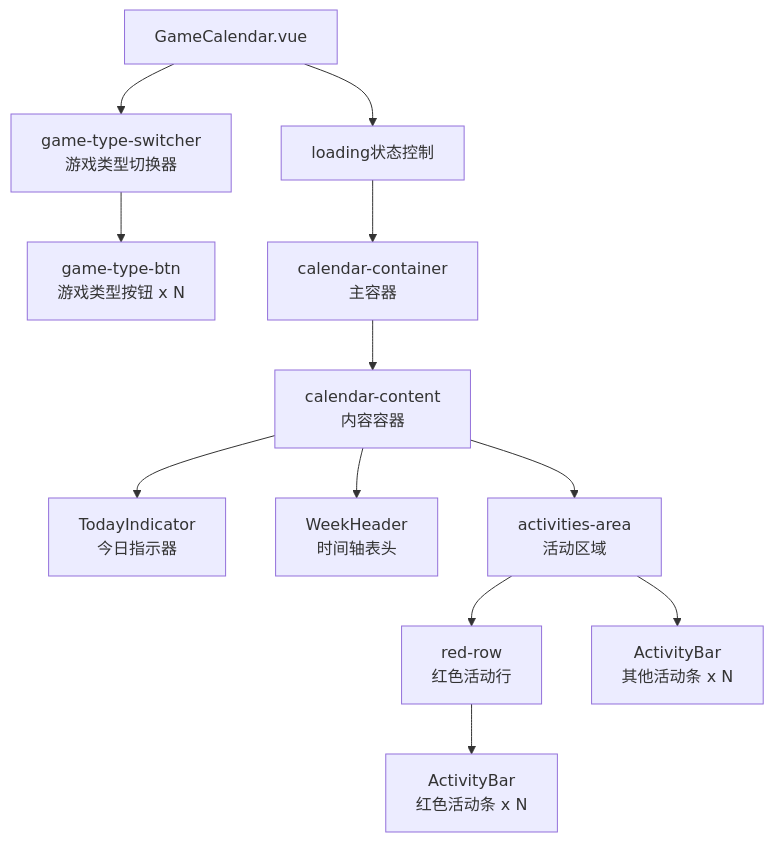
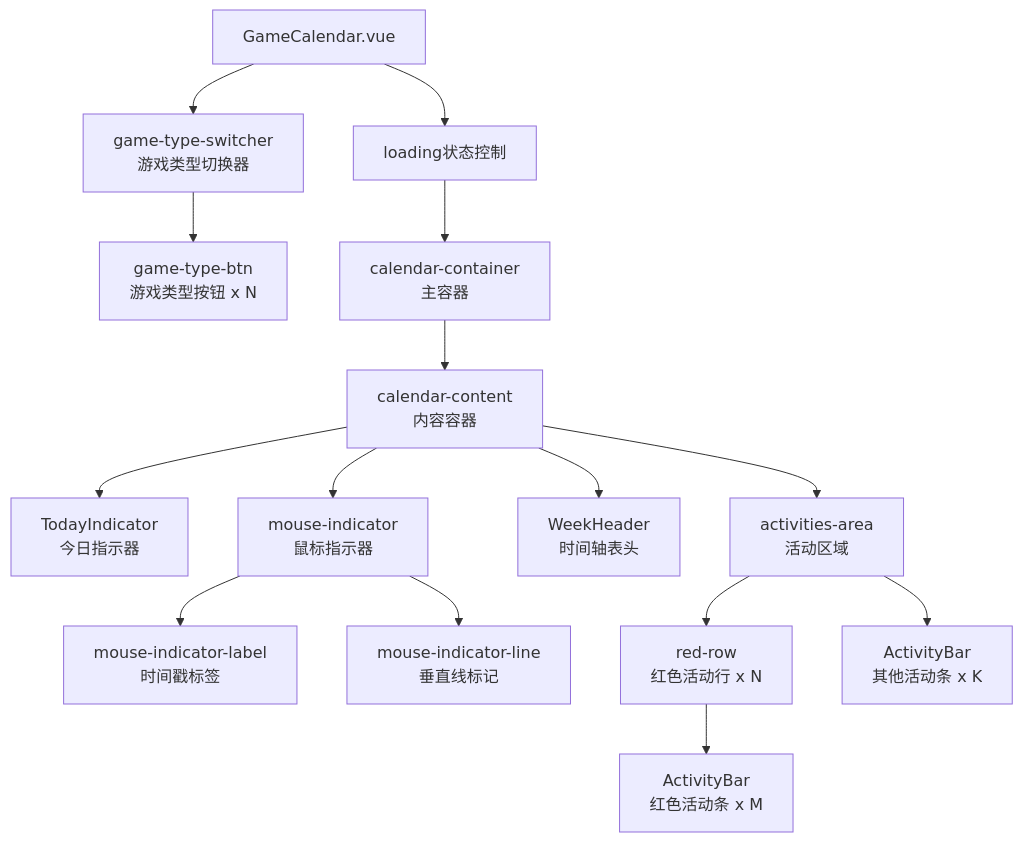
The second of 11 diagrams in .qoder/repowiki/zh/content/核心组件/GameCalendar 主容器组件.md (xuanyulingnfeg/gameCalendar), drawn with Mermaid before and after one commit. The commit also changed other lines of this file and 4 other files, not shown here.

````diff
--- a/.qoder/repowiki/zh/content/核心组件/GameCalendar 主容器组件.md
+++ b/.qoder/repowiki/zh/content/核心组件/GameCalendar 主容器组件.md
@@ -111,14 +119,17 @@
 ```mermaid
 flowchart TD
 GameCalendar[GameCalendar.vue] --> GameTypeSwitcher[game-type-switcher<br/>游戏类型切换器]
 GameTypeSwitcher --> GameTypeButtons[game-type-btn<br/>游戏类型按钮 x N]
 GameCalendar --> LoadingState[loading状态控制]
 LoadingState --> CalendarContainer[calendar-container<br/>主容器]
 CalendarContainer --> CalendarContent[calendar-content<br/>内容容器]
 CalendarContent --> TodayIndicator[TodayIndicator<br/>今日指示器]
+CalendarContent --> MouseIndicator[mouse-indicator<br/>鼠标指示器]
+MouseIndicator --> MouseIndicatorLabel[mouse-indicator-label<br/>时间戳标签]
+MouseIndicator --> MouseIndicatorLine[mouse-indicator-line<br/>垂直线标记]
 CalendarContent --> WeekHeader[WeekHeader<br/>时间轴表头]
 CalendarContent --> ActivitiesArea[activities-area<br/>活动区域]
-ActivitiesArea --> RedRow[red-row<br/>红色活动行]
-RedRow --> RedActivityBars[ActivityBar<br/>红色活动条 x N]
-ActivitiesArea --> OtherActivityBars[ActivityBar<br/>其他活动条 x N]
+ActivitiesArea --> RedRows[red-row<br/>红色活动行 x N]
+RedRows --> RedActivityBars[ActivityBar<br/>红色活动条 x M]
+ActivitiesArea --> OtherActivityBars[ActivityBar<br/>其他活动条 x K]
 ```
````
